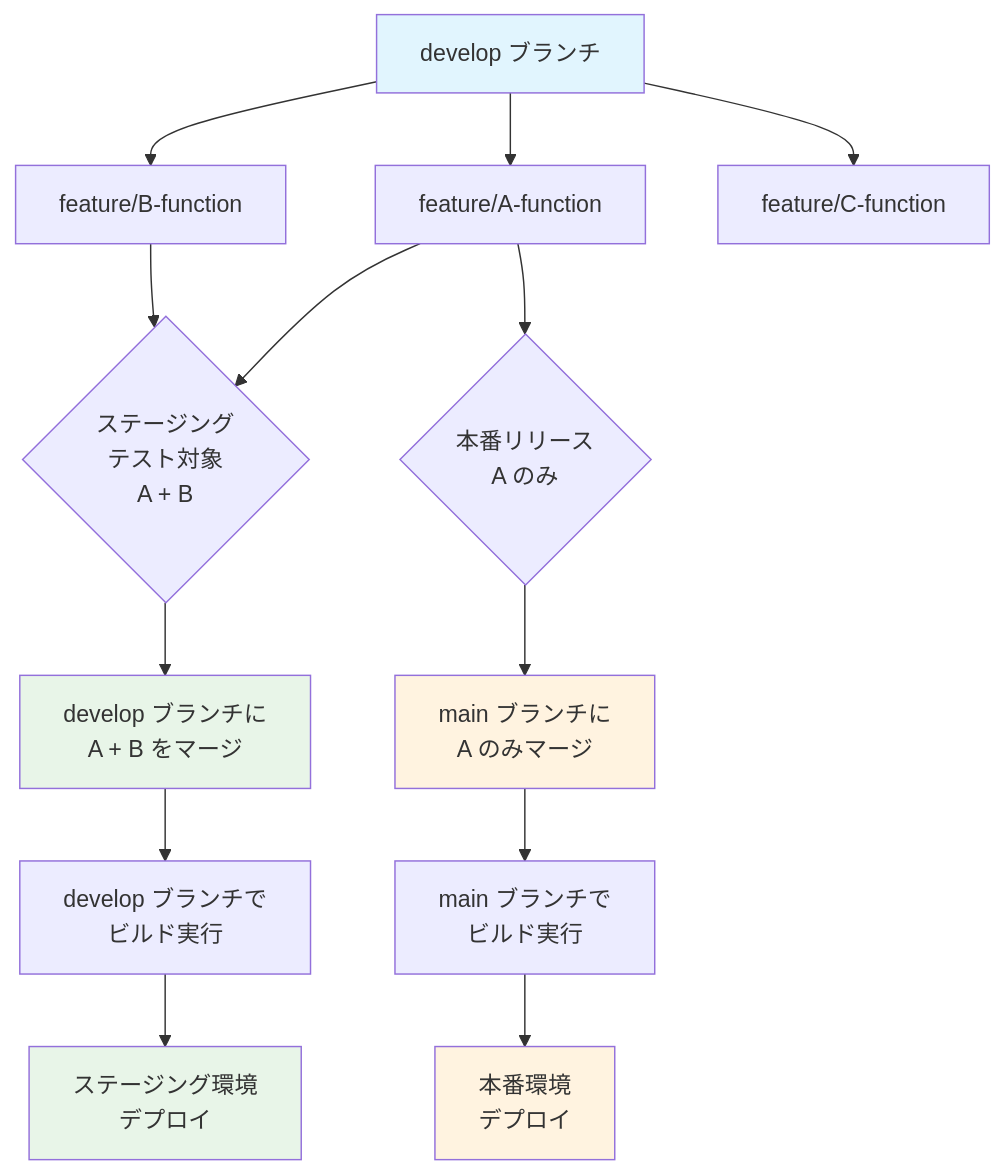
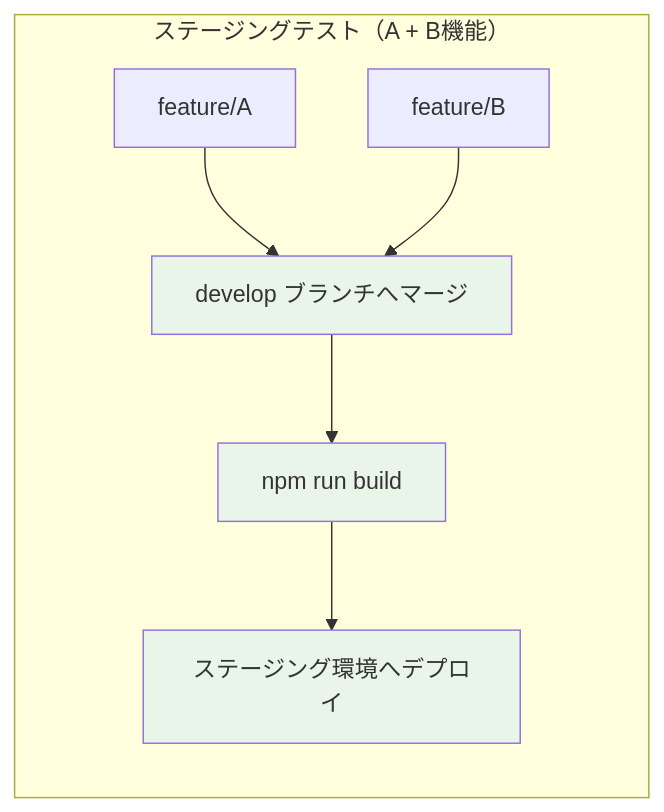
The second of 3 diagrams in profile/README.md (Rockhearts/.github), drawn with Mermaid before and after one commit. The commit also changed other lines of this file, not shown here.

````diff
--- a/profile/README.md
+++ b/profile/README.md
@@ -172,24 +50,13 @@
 ```mermaid
-flowchart TD
-    A["develop ブランチ"] --> B["feature/A-function"]
-    A --> C["feature/B-function"]
-    A --> D["feature/C-function"]
+flowchart LR
+    subgraph "ステージングテスト（A + B機能）"
+        FA1["feature/A"] --> MERGE1["develop ブランチへマージ"]
+        FB1["feature/B"] --> MERGE1
+        MERGE1 --> BUILD1["npm run build"]
+        BUILD1 --> DEPLOY1["ステージング環境へデプロイ"]
+    end
 
-    B --> E{"ステージング<br/>テスト対象<br/>A + B"}
-    C --> E
-
-    E --> F["develop ブランチに<br/>A + B をマージ"]
-    F --> G["develop ブランチで<br/>ビルド実行"]
-    G --> H["ステージング環境<br/>デプロイ"]
-
-    B --> I{"本番リリース<br/>A のみ"}
-    I --> J["main ブランチに<br/>A のみマージ"]
-    J --> K["main ブランチで<br/>ビルド実行"]
-    K --> L["本番環境<br/>デプロイ"]
-
-    style A fill:#e1f5fe
-    style F fill:#e8f5e8
-    style J fill:#fff3e0
-    style H fill:#e8f5e8
-    style L fill:#fff3e0
+    style MERGE1 fill:#e8f5e8
+    style BUILD1 fill:#e8f5e8
+    style DEPLOY1 fill:#e8f5e8
 ```
````
